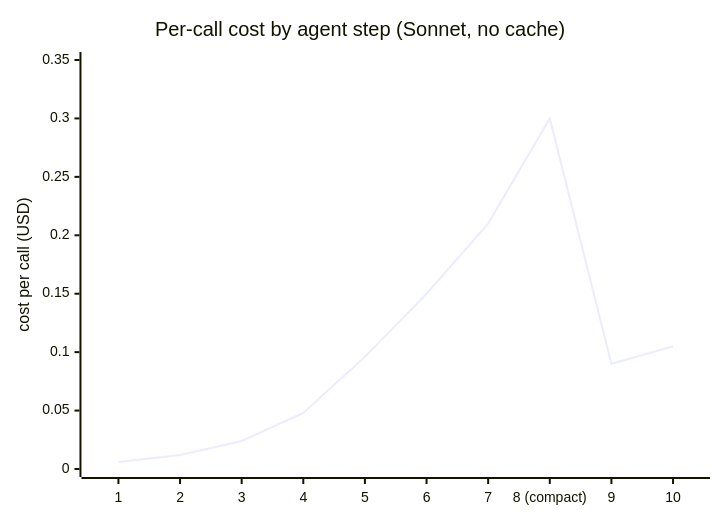
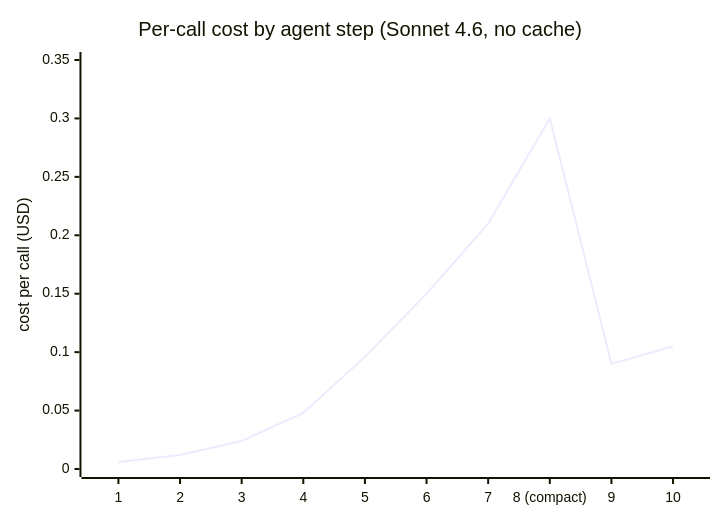
One commit to rppol/system-design changed the first of 3 diagrams in src/main/java/com/rutik/systemdesign/llm/agents_and_tool_use/agent_cost_and_token_budget.md. Above: the diagram before and after it, drawn with Mermaid. The commit also changed other lines of this file and 655 other files, not shown here.

````diff
--- a/src/main/java/com/rutik/systemdesign/llm/agents_and_tool_use/agent_cost_and_token_budget.md
+++ b/src/main/java/com/rutik/systemdesign/llm/agents_and_tool_use/agent_cost_and_token_budget.md
@@ -118,7 +119,7 @@
 ```mermaid
 xychart-beta
-    title "Per-call cost by agent step (Sonnet, no cache)"
+    title "Per-call cost by agent step (Sonnet 4.6, no cache)"
     x-axis ["1", "2", "3", "4", "5", "6", "7", "8 (compact)", "9", "10"]
     y-axis "cost per call (USD)" 0 --> 0.35
     line [0.006, 0.012, 0.024, 0.048, 0.096, 0.150, 0.210, 0.300, 0.090, 0.105]
 ```
````
